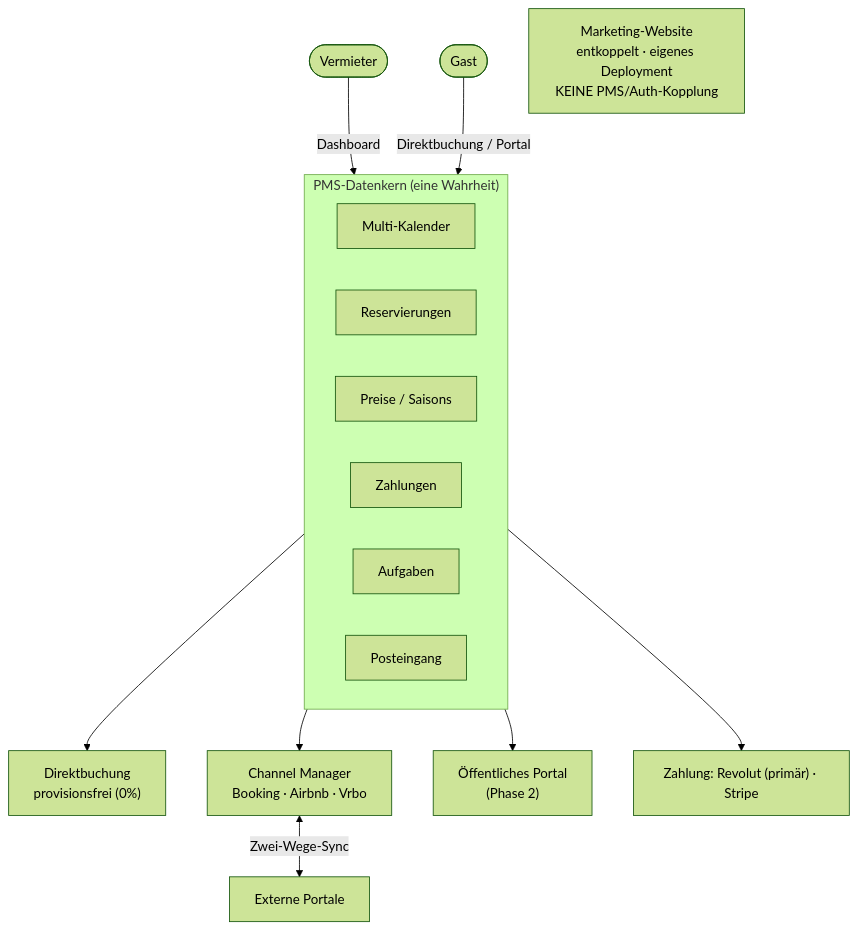
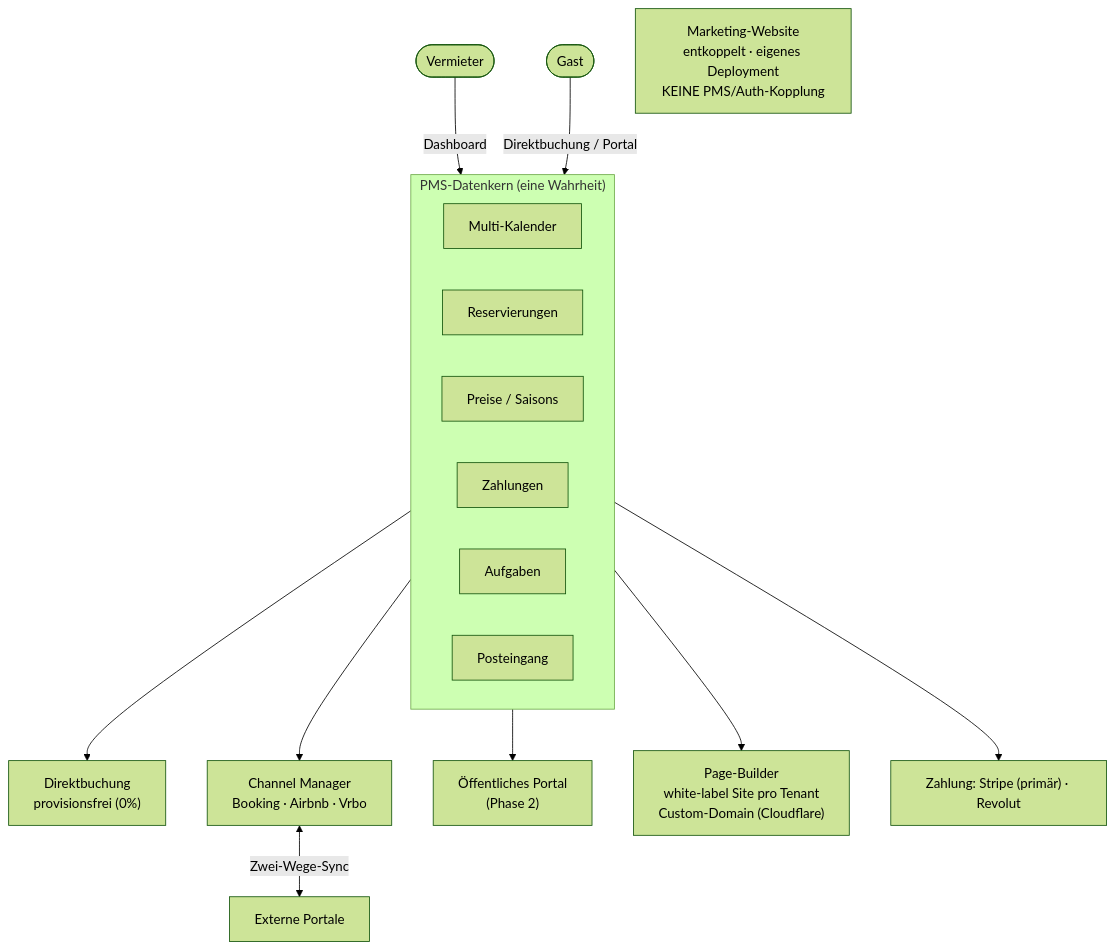
The first of 3 diagrams in README.md (Andy1234567890-cmyk/NextDays), drawn with Mermaid (forest theme) before and after one commit. The commit also changed other lines of this file and 61 other files, not shown here.

````diff
--- a/README.md
+++ b/README.md
@@ -37,26 +43,27 @@
 ```mermaid
 flowchart TB
     Vermieter([Vermieter])
     Gast([Gast])
 
     subgraph CORE["PMS-Datenkern (eine Wahrheit)"]
         KAL["Multi-Kalender"]
         RES["Reservierungen"]
         PRE["Preise / Saisons"]
         ZAH["Zahlungen"]
         AUF["Aufgaben"]
         MSG["Posteingang"]
     end
 
     Vermieter -->|Dashboard| CORE
     Gast -->|Direktbuchung / Portal| CORE
 
     CORE --> DIR["Direktbuchung<br/>provisionsfrei (0%)"]
     CORE --> CM["Channel Manager<br/>Booking · Airbnb · Vrbo"]
     CORE --> POR["Öffentliches Portal<br/>(Phase 2)"]
+    CORE --> SITE["Page-Builder<br/>white-label Site pro Tenant<br/>Custom-Domain (Cloudflare)"]
 
     CM <-->|Zwei-Wege-Sync| OTA["Externe Portale"]
-    CORE --> PAY["Zahlung: Revolut (primär) · Stripe"]
+    CORE --> PAY["Zahlung: Stripe (primär) · Revolut"]
 
     MKT["Marketing-Website<br/>entkoppelt · eigenes Deployment<br/>KEINE PMS/Auth-Kopplung"]
 ```
````
